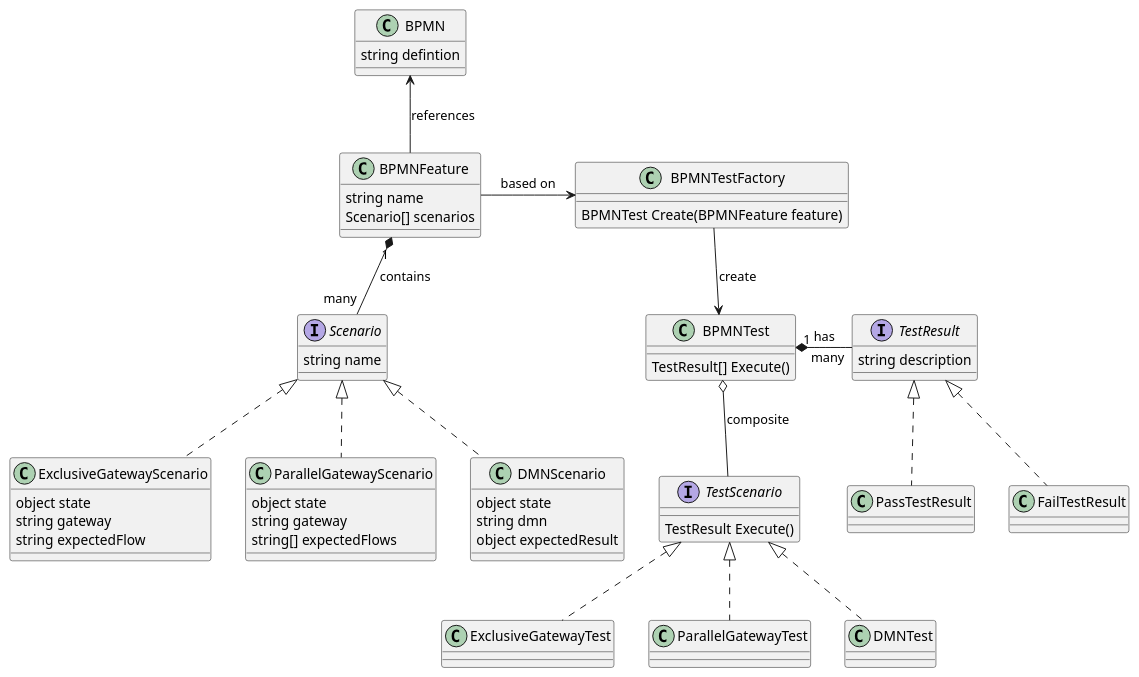
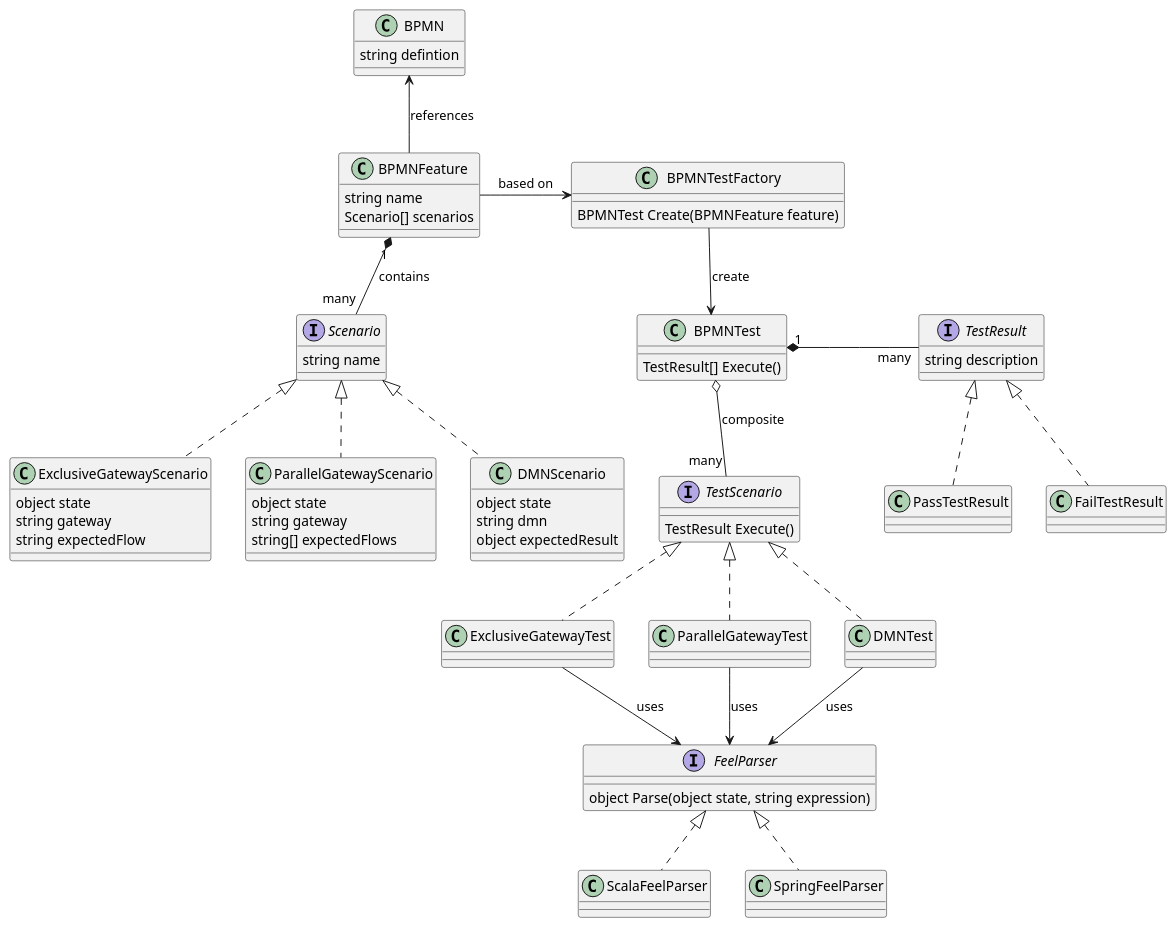
One commit to biz-dev-ops/bpmn-tester changed the diagram in class.diagram.puml. Above: the diagram before and after it, drawn with PlantUML. The commit also changed 1 other file, not shown here.

```diff
--- a/class.diagram.puml
+++ b/class.diagram.puml
@@ -1,74 +1,84 @@
 @startuml
 
 class BPMN {
   string defintion
 }
 
 class BPMNFeature {
   string name
   Scenario[] scenarios
 }
 
 interface Scenario {
   string name
 }
 
 class ExclusiveGatewayScenario {
   object state
   string gateway
   string expectedFlow
 }
 
 class ParallelGatewayScenario {
   object state
   string gateway
   string[] expectedFlows
 }
 
 class DMNScenario {  
   object state
   string dmn
   object expectedResult
 }
 
 class BPMNTestFactory
 {
   BPMNTest Create(BPMNFeature feature)
 }
 
 class BPMNTest
 {
   TestResult[] Execute()
 }
 
 interface TestResult
 {
   string description  
 }
 
 interface TestScenario {
   TestResult Execute()
 }
 
+interface FeelParser {
+    object Parse(object state, string expression)
+}
+
 
 BPMN <-- BPMNFeature : references
 BPMNFeature "1" *-- "many" Scenario : contains
 
 Scenario <|.. ExclusiveGatewayScenario
 Scenario <|.. ParallelGatewayScenario
 Scenario <|.. DMNScenario
 
 BPMNFeature -> BPMNTestFactory : based on
 BPMNTestFactory --> BPMNTest : create
-BPMNTest "1" *- "many" TestResult : has
-
+BPMNTest "1" *- "many" TestResult : "                             "
 TestResult <|.. PassTestResult
 TestResult <|.. FailTestResult
 
-BPMNTest o-- TestScenario : composite
+BPMNTest o-- "many" TestScenario : composite
 
 TestScenario <|.. ExclusiveGatewayTest
 TestScenario <|.. ParallelGatewayTest
 TestScenario <|.. DMNTest
 
+ExclusiveGatewayTest --> FeelParser : uses
+ParallelGatewayTest --> FeelParser : uses
+DMNTest --> FeelParser : uses
+
+FeelParser <|.. ScalaFeelParser
+FeelParser <|.. SpringFeelParser
+
 @enduml
```
